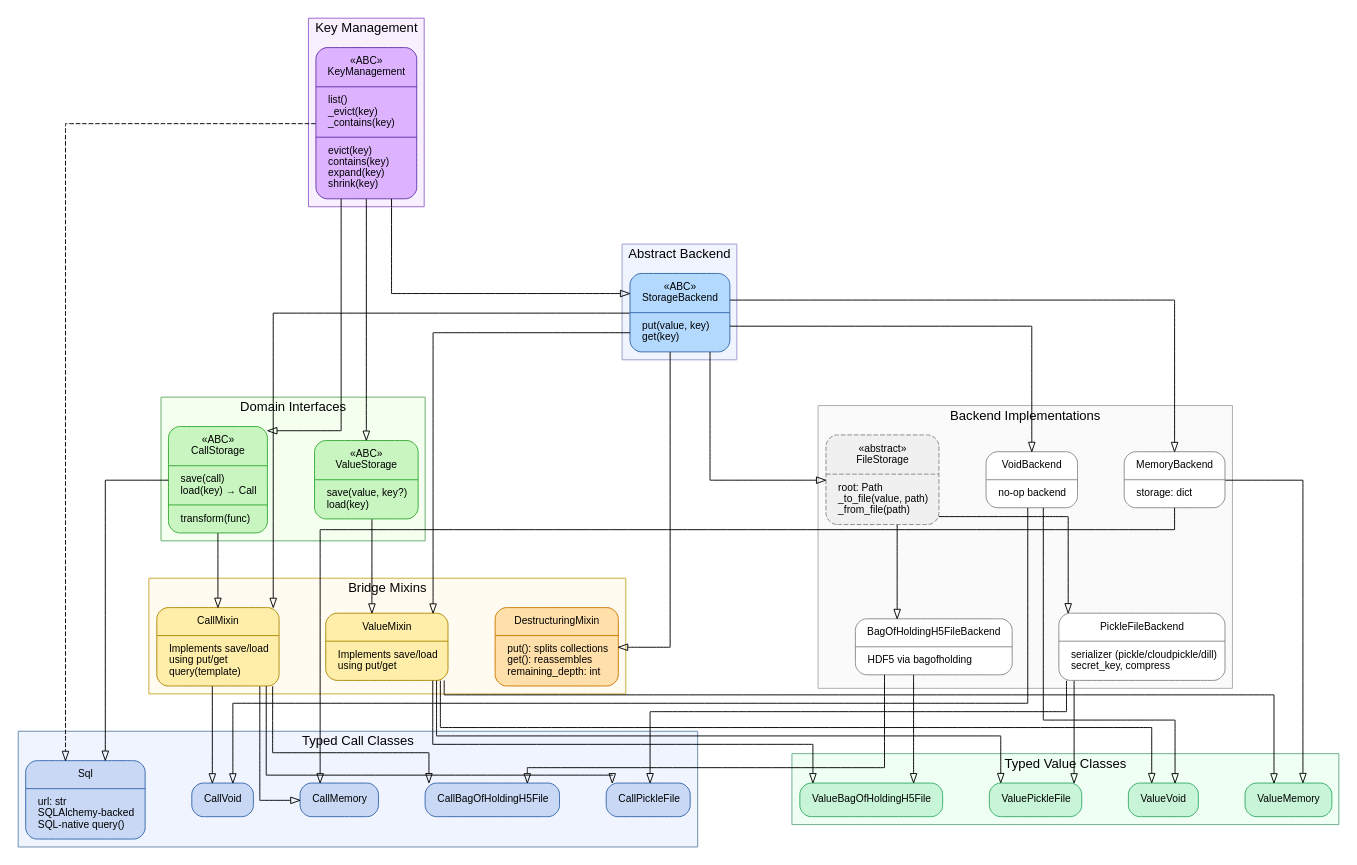
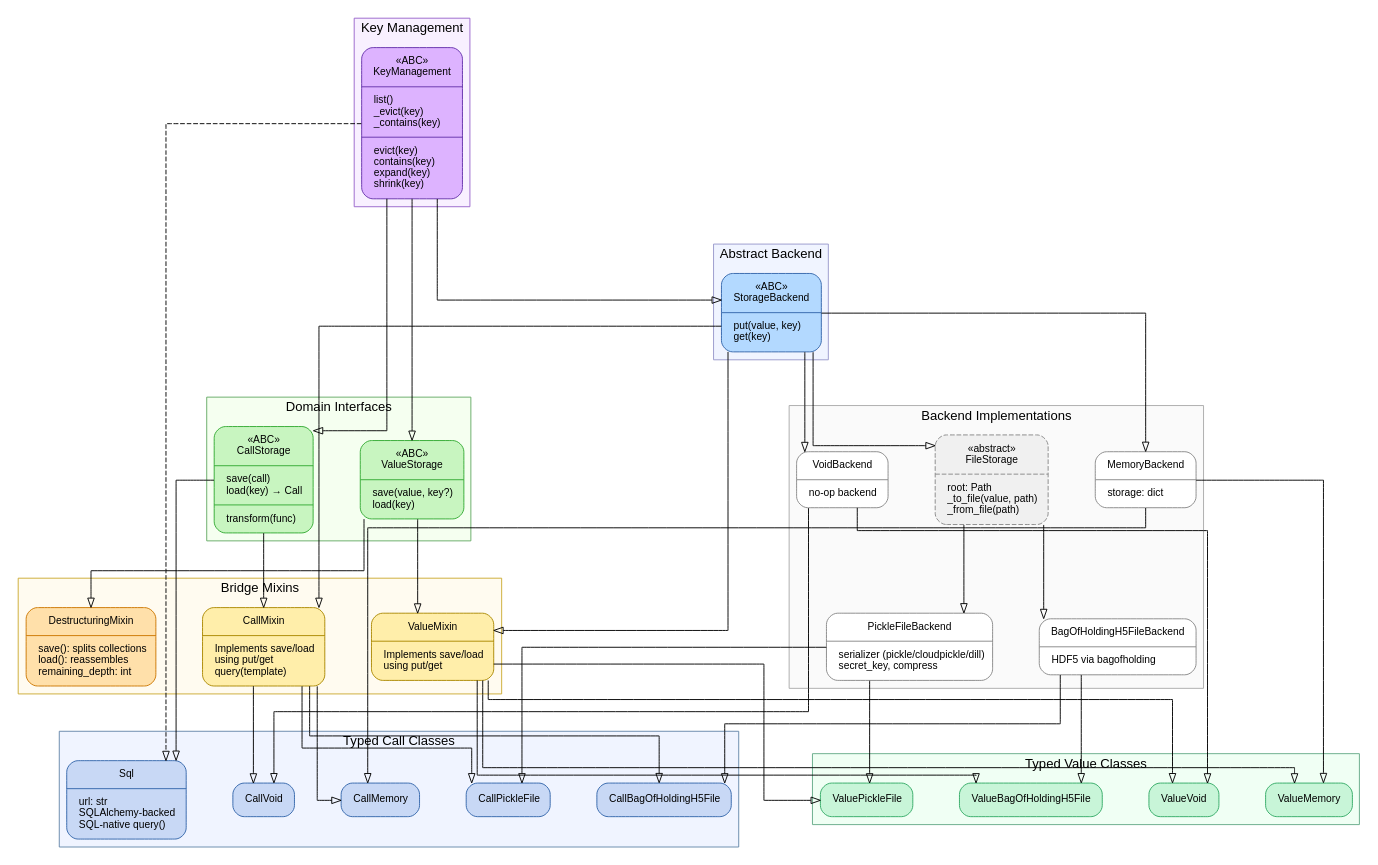
Before and after one commit to pmrv/fleche: the diagram in devnotes/storage-hierarchy.dot, drawn with Graphviz. The commit also changed 7 other files, not shown here.

First line of the commit message:
refactor(storage): move DestructuringMixin to ValueStorage layer

```diff
--- a/devnotes/storage-hierarchy.dot
+++ b/devnotes/storage-hierarchy.dot
@@ -87,7 +87,7 @@
         ]
 
         DestructuringMixin [
-            label="{DestructuringMixin|put(): splits collections\lget(): reassembles\lremaining_depth: int\l}"
+            label="{DestructuringMixin|save(): splits collections\lload(): reassembles\lremaining_depth: int\l}"
             fillcolor="#FFE0AA"
             color="#CC7700"
         ]
@@ -174,7 +174,7 @@
     StorageBackend -> ValueMixin    [arrowhead=onormal, style=solid]
     CallStorage -> CallMixin        [arrowhead=onormal, style=solid]
     StorageBackend -> CallMixin     [arrowhead=onormal, style=solid]
-    StorageBackend -> DestructuringMixin [arrowhead=onormal, style=solid]
+    ValueStorage -> DestructuringMixin [arrowhead=onormal, style=solid]
 
     /* ── Inheritance: backends ─────────────────────────────── */
     StorageBackend -> MemoryBackend             [arrowhead=onormal, style=solid]
```
